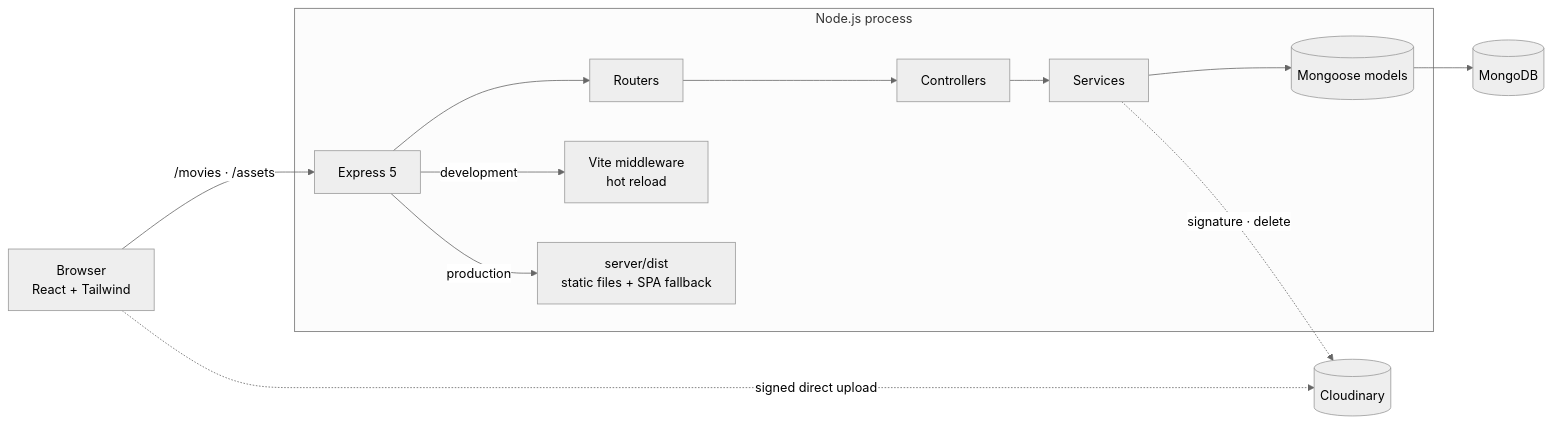
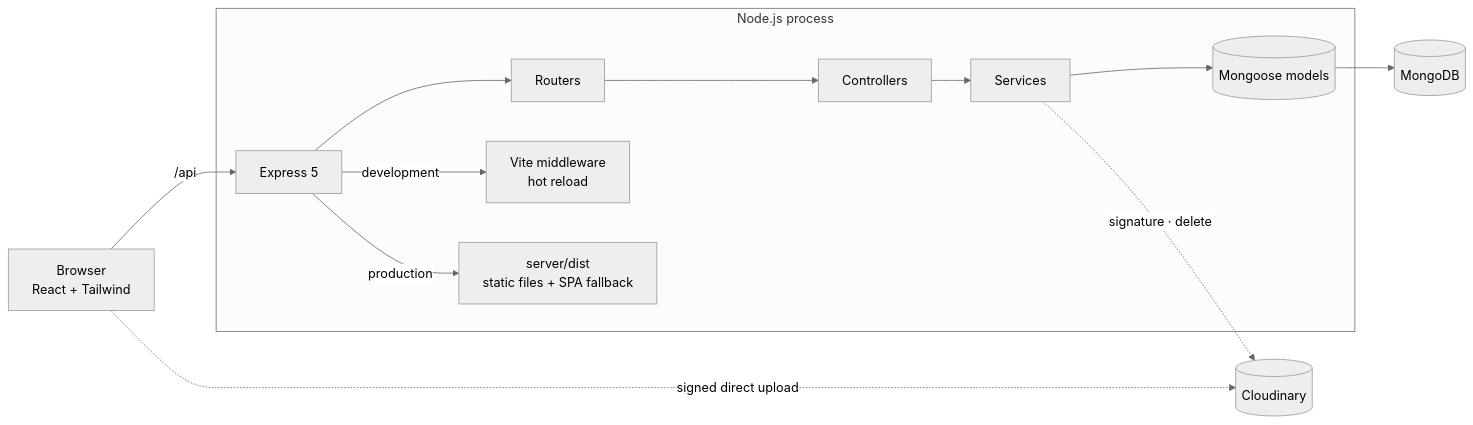
The first of 3 diagrams in README.md (DevShibz/movie_flix), drawn with Mermaid (neutral theme) before and after one commit. The commit also changed other lines of this file and 12 other files, not shown here.

````diff
--- a/README.md
+++ b/README.md
@@ -119,12 +117,12 @@
 ```mermaid
 flowchart LR
-  B["Browser<br/>React + Tailwind"] -->|"/movies · /assets"| E
+  B["Browser<br/>React + Tailwind"] -->|"/api"| E
   subgraph N["Node.js process"]
     E["Express 5"] --> R["Routers"] --> C["Controllers"] --> S["Services"] --> M[("Mongoose models")]
     E -->|development| V["Vite middleware<br/>hot reload"]
     E -->|production| D["server/dist<br/>static files + SPA fallback"]
   end
   M --> DB[("MongoDB")]
   B -. "signed direct upload" .-> CL[("Cloudinary")]
   S -. "signature · delete" .-> CL
 ```
````
